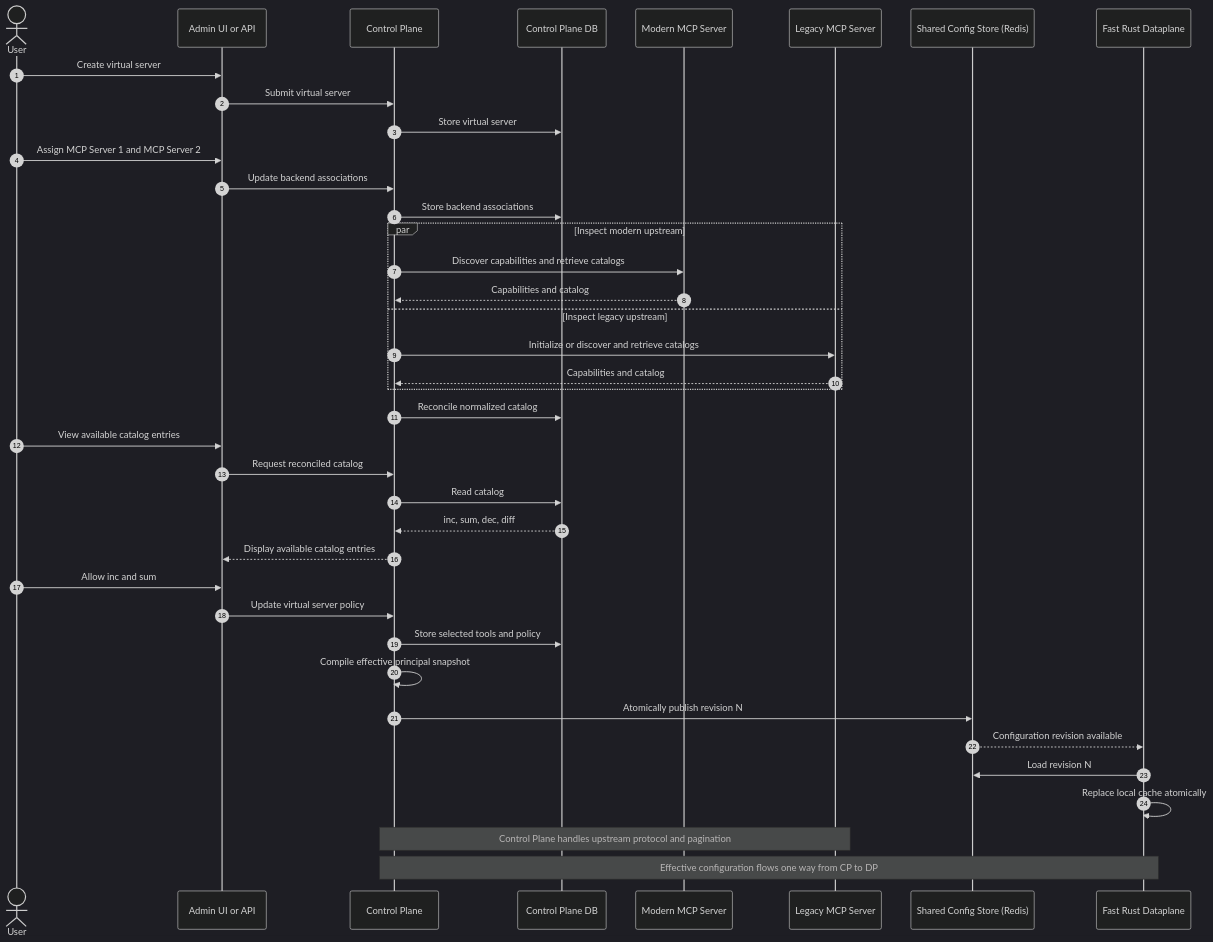
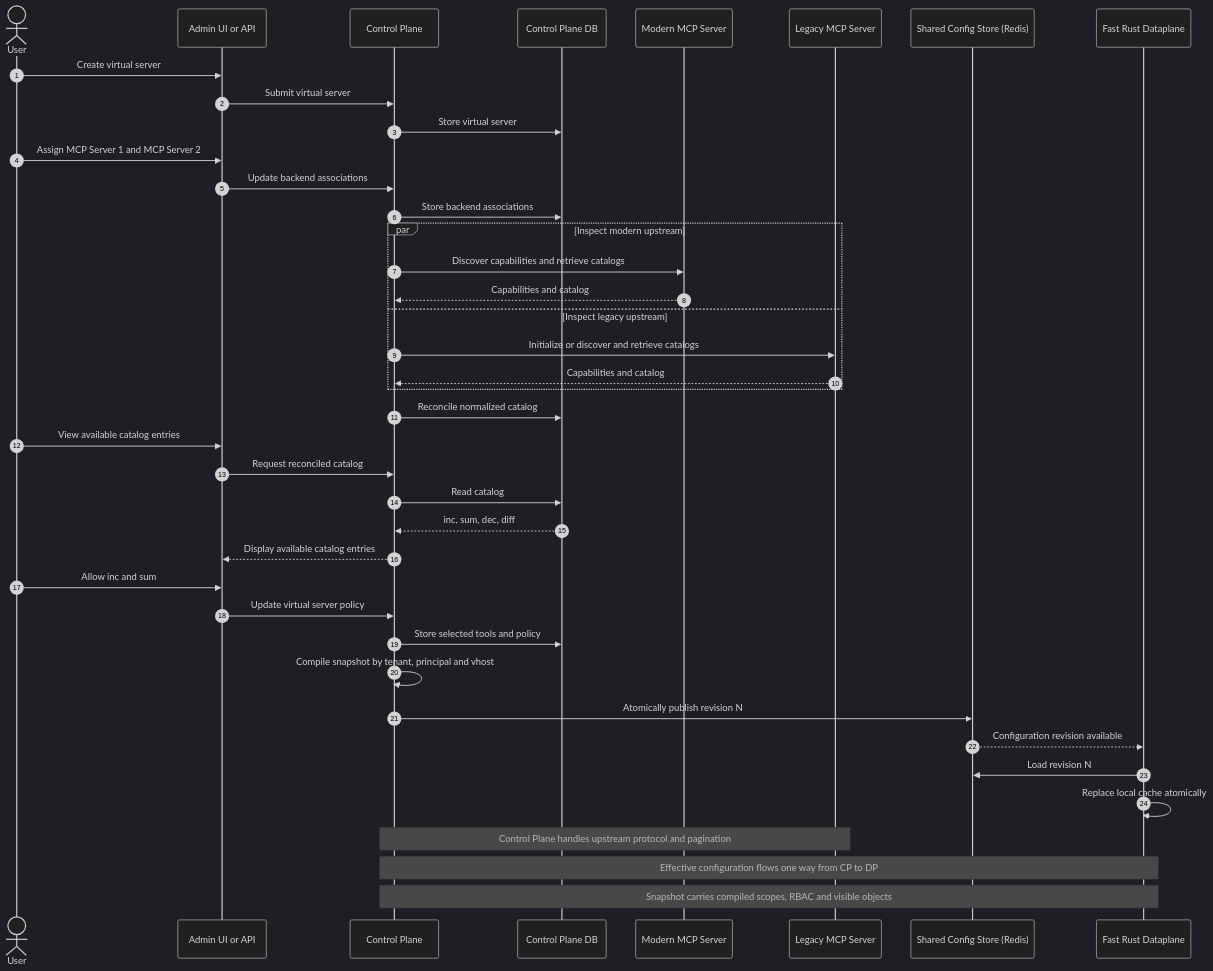
The second of 5 diagrams in _context/wiki/mcp-capability-allocation.md (contextforge-gateway-rs/contextforge-gateway-rs), drawn with Mermaid (dark theme) before and after one commit. The commit also changed other lines of this file and 1 other file, not shown here.

````diff
--- a/_context/wiki/mcp-capability-allocation.md
+++ b/_context/wiki/mcp-capability-allocation.md
@@ -143,48 +170,49 @@
 ```mermaid
 sequenceDiagram
     autonumber
     actor User
     participant UI as Admin UI or API
     participant CP as Control Plane
     participant DB as Control Plane DB
     participant MCP1 as Modern MCP Server
     participant MCP2 as Legacy MCP Server
     participant Store as Shared Config Store (Redis)
     participant DP as Fast Rust Dataplane
 
     User->>UI: Create virtual server
     UI->>CP: Submit virtual server
     CP->>DB: Store virtual server
 
     User->>UI: Assign MCP Server 1 and MCP Server 2
     UI->>CP: Update backend associations
     CP->>DB: Store backend associations
 
     par Inspect modern upstream
         CP->>MCP1: Discover capabilities and retrieve catalogs
         MCP1-->>CP: Capabilities and catalog
     and Inspect legacy upstream
         CP->>MCP2: Initialize or discover and retrieve catalogs
         MCP2-->>CP: Capabilities and catalog
     end
 
     CP->>DB: Reconcile normalized catalog
     User->>UI: View available catalog entries
     UI->>CP: Request reconciled catalog
     CP->>DB: Read catalog
     DB-->>CP: inc, sum, dec, diff
     CP-->>UI: Display available catalog entries
 
     User->>UI: Allow inc and sum
     UI->>CP: Update virtual server policy
     CP->>DB: Store selected tools and policy
 
-    CP->>CP: Compile effective principal snapshot
+    CP->>CP: Compile snapshot by tenant, principal and vhost
     CP->>Store: Atomically publish revision N
     Store-->>DP: Configuration revision available
     DP->>Store: Load revision N
     DP->>DP: Replace local cache atomically
 
     Note over CP,MCP2: Control Plane handles upstream protocol and pagination
     Note over CP,DP: Effective configuration flows one way from CP to DP
+    Note over CP,DP: Snapshot carries compiled scopes, RBAC and visible objects
 ```
````
